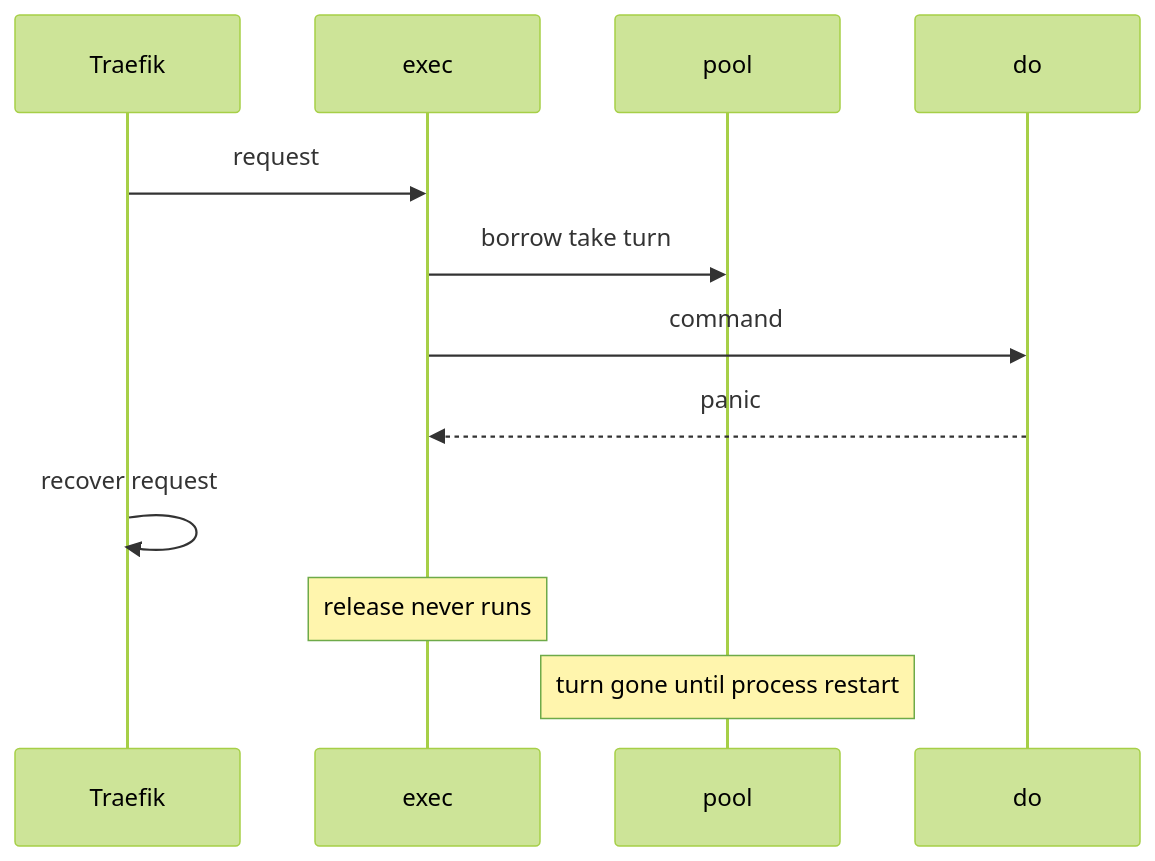
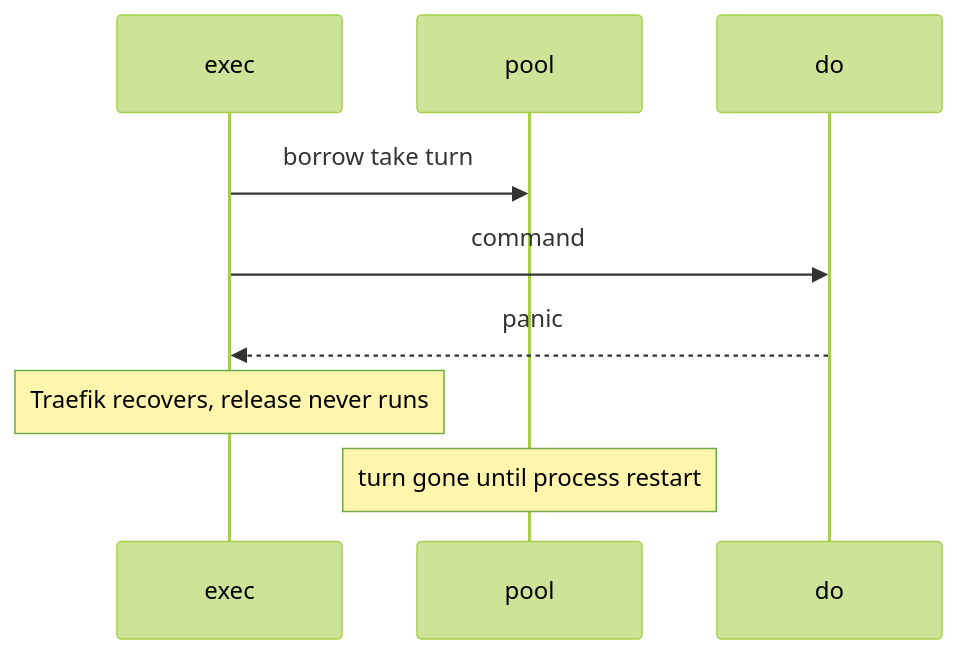
Before and after one commit to david-garcia-garcia/traefik-middleware-utilities: the diagram in devstate/2026/09/2026-09-13-simpleredis-lost-turn-recovery/card.md, drawn with Mermaid (forest theme). The commit also changed other lines of this file and 2 other files, not shown here.

````diff
--- a/devstate/2026/09/2026-09-13-simpleredis-lost-turn-recovery/card.md
+++ b/devstate/2026/09/2026-09-13-simpleredis-lost-turn-recovery/card.md
@@ -19,14 +19,11 @@
 ```mermaid
 sequenceDiagram
-  participant Traefik
   participant exec
   participant pool
   participant do
-  Traefik->>exec: request
   exec->>pool: borrow take turn
   exec->>do: command
   do-->>exec: panic
-  Traefik->>Traefik: recover request
-  Note over exec: release never runs
+  Note over exec: Traefik recovers, release never runs
   Note over pool: turn gone until process restart
 ```
````
